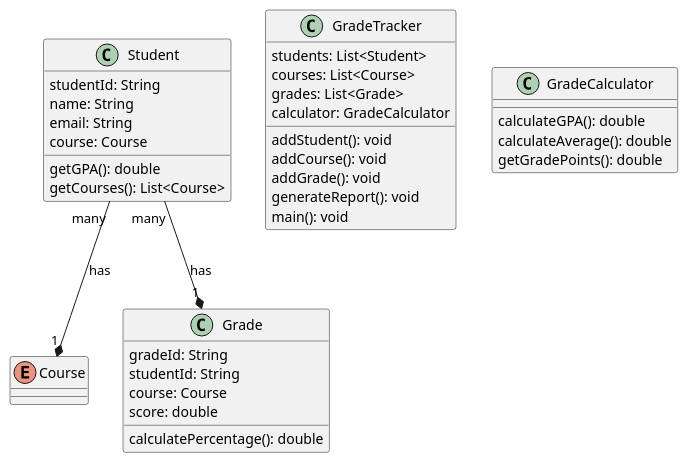
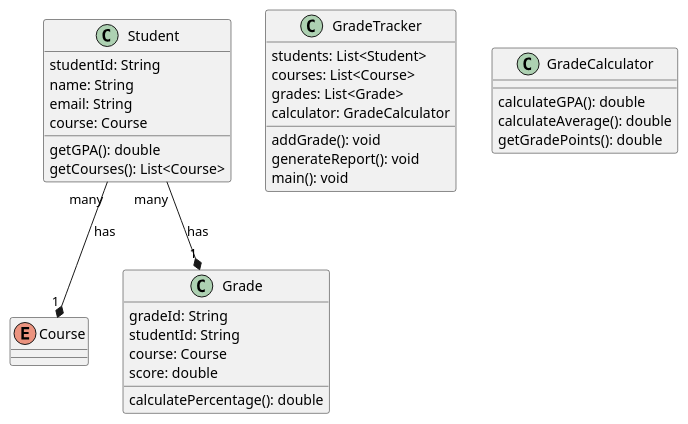
One commit to Clodagh-M/OOAD-StudentGradeTracker changed the diagram in src/UMLDiagram.puml. Above: the diagram before and after it, drawn with PlantUML. The commit also changed 5 other files, not shown here.

```diff
--- a/src/UMLDiagram.puml
+++ b/src/UMLDiagram.puml
@@ -1,60 +1,56 @@
 @startuml
 'https://plantuml.com/class-diagram
 skinparam classAttributeIconSize 0
 
 class Student {
 
 studentId: String
 name: String
 email: String
 course: Course
 
 getGPA(): double
 getCourses(): List<Course>
 
 }
 
 enum Course {
-
-
 
 }
 
 class Grade {
 
 gradeId: String
 studentId: String
 course: Course
 score: double
 
 calculatePercentage(): double
 
 }
 
 class GradeTracker {
 
 students: List<Student>
 courses: List<Course>
 grades: List<Grade>
 calculator: GradeCalculator
 
-addStudent(): void
-addCourse(): void
 addGrade(): void
 generateReport(): void
 main(): void
 
 }
 
 class GradeCalculator {
 
 calculateGPA(): double
 calculateAverage(): double
 getGradePoints(): double
 
 }
 
 Student "many" --* "1" Course : has
 Student "many" --* "1" Grade : has
 
 @enduml
```
